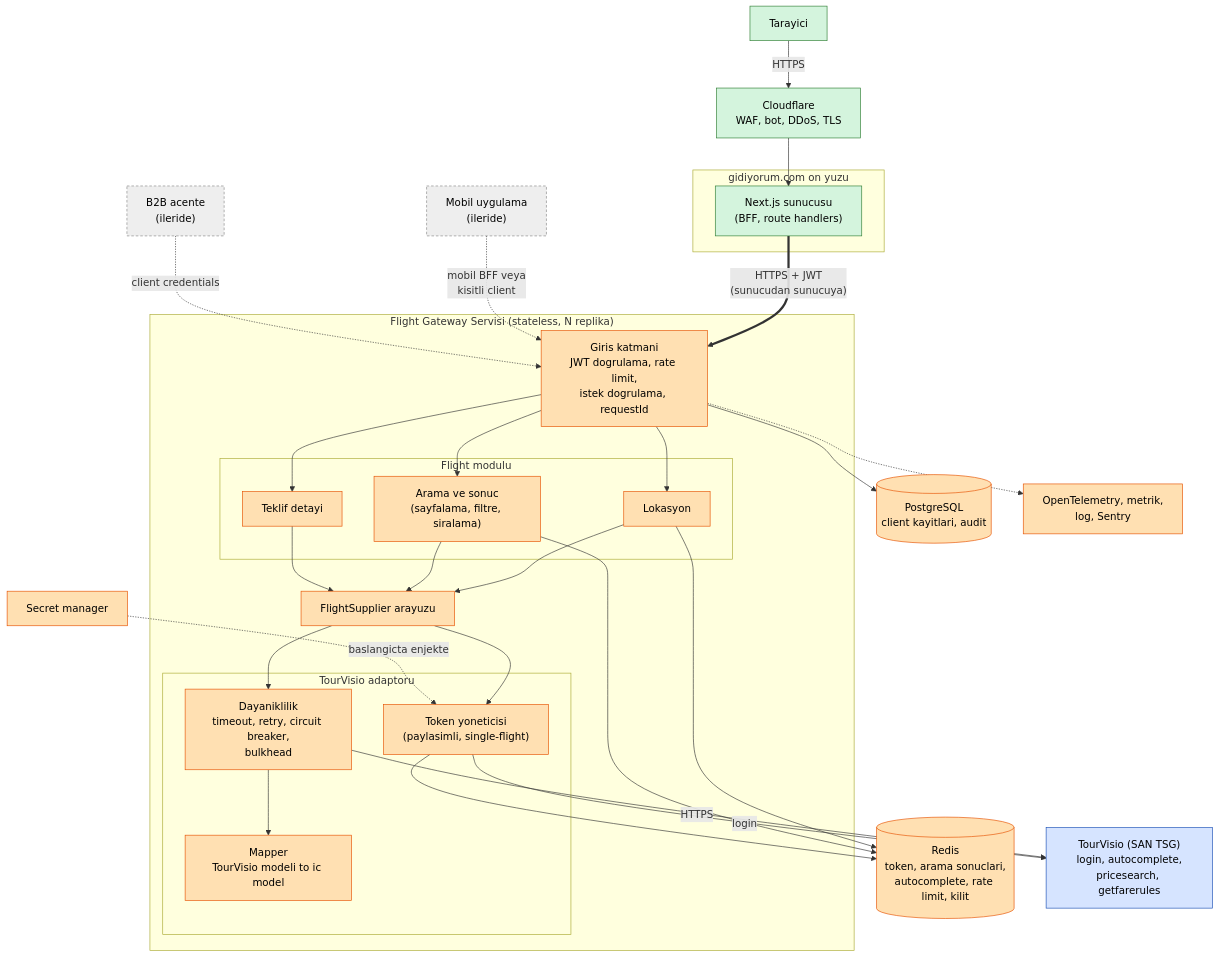
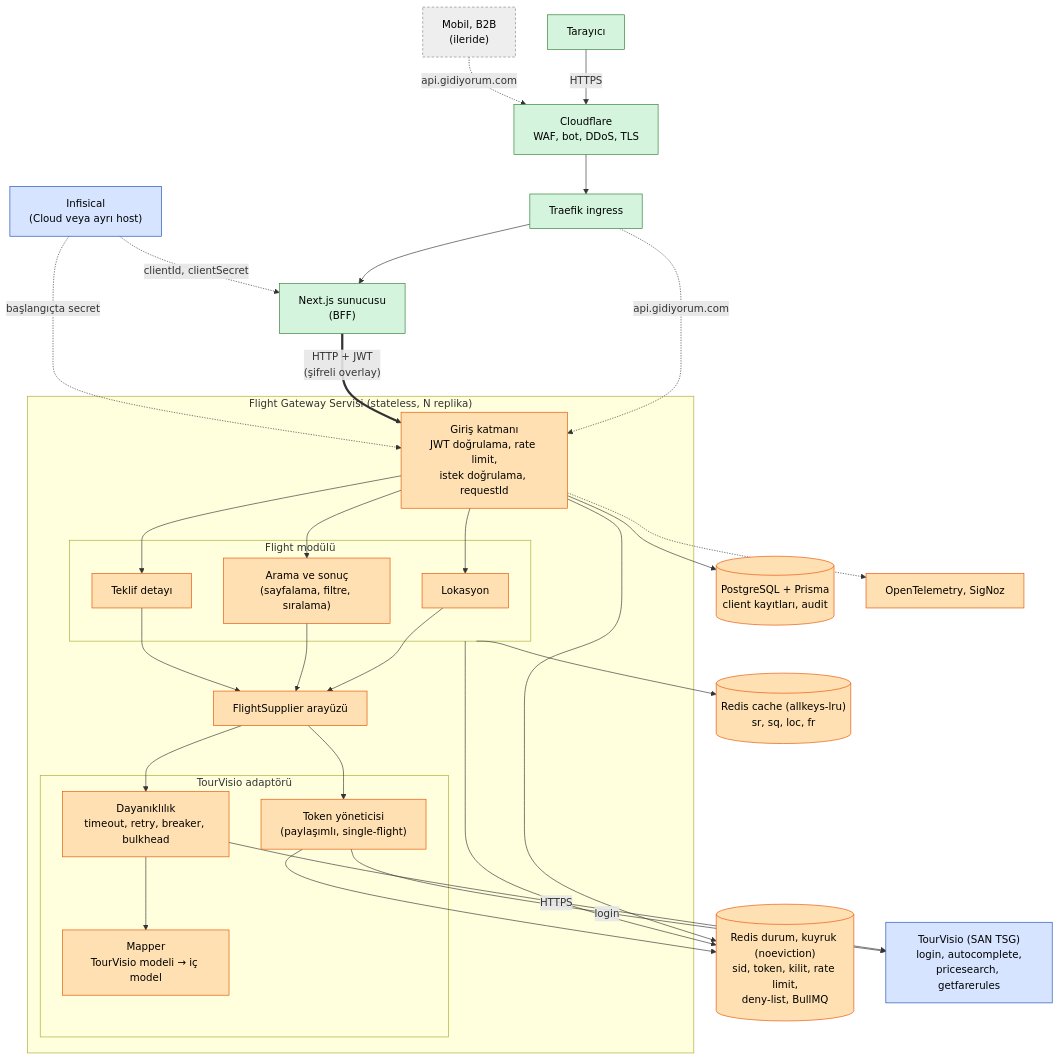
Before and after one commit to cihantaylan/tourvisio-mimari-plan: the first of 7 diagrams in README.md, drawn with Mermaid. The commit also changed other lines of this file and 41 other files, not shown here.

````diff
--- a/README.md
+++ b/README.md
@@ -36,64 +40,51 @@
 ```mermaid
 flowchart TB
-    BR["Tarayici"]
-    MOB["Mobil uygulama<br/>(ileride)"]
-    B2B["B2B acente<br/>(ileride)"]
-    CF["Cloudflare<br/>WAF, bot, DDoS, TLS"]
-
-    subgraph FE["gidiyorum.com on yuzu"]
-      NX["Next.js sunucusu<br/>(BFF, route handlers)"]
-    end
-
+    BR["Tarayıcı"]:::pub
+    MOB["Mobil, B2B<br/>(ileride)"]:::fut
+    CF["Cloudflare<br/>WAF, bot, DDoS, TLS"]:::pub
+    TRF["Traefik ingress"]:::pub
+    NX["Next.js sunucusu<br/>(BFF)"]:::pub
+    SEC["Infisical<br/>(Cloud veya ayrı host)"]:::ext
     subgraph SVC["Flight Gateway Servisi (stateless, N replika)"]
-      GWY["Giris katmani<br/>JWT dogrulama, rate limit,<br/>istek dogrulama, requestId"]
-      subgraph FM["Flight modulu"]
-        LOC["Lokasyon"]
-        SRCH["Arama ve sonuc<br/>(sayfalama, filtre, siralama)"]
-        OFR["Teklif detayi"]
+      GWY["Giriş katmanı<br/>JWT doğrulama, rate limit,<br/>istek doğrulama, requestId"]:::inner
+      subgraph FM["Flight modülü"]
+        LOC["Lokasyon"]:::inner
+        SRCH["Arama ve sonuç<br/>(sayfalama, filtre, sıralama)"]:::inner
+        OFR["Teklif detayı"]:::inner
       end
-      PORT["FlightSupplier arayuzu"]
-      subgraph TVA["TourVisio adaptoru"]
-        TKN["Token yoneticisi<br/>(paylasimli, single-flight)"]
-        RES["Dayaniklilik<br/>timeout, retry, circuit breaker,<br/>bulkhead"]
-        MAP["Mapper<br/>TourVisio modeli to ic model"]
+      PORT["FlightSupplier arayüzü"]:::inner
+      subgraph TVA["TourVisio adaptörü"]
+        TKN["Token yöneticisi<br/>(paylaşımlı, single-flight)"]:::inner
+        RES["Dayanıklılık<br/>timeout, retry, breaker, bulkhead"]:::inner
+        MAP["Mapper<br/>TourVisio modeli → iç model"]:::inner
       end
     end
-
-    RD[("Redis<br/>token, arama sonuclari,<br/>autocomplete, rate limit, kilit")]
-    PG[("PostgreSQL<br/>client kayitlari, audit")]
-    OBS["OpenTelemetry, metrik,<br/>log, Sentry"]
-    SEC["Secret manager"]
-    TV["TourVisio (SAN TSG)<br/>login, autocomplete,<br/>pricesearch, getfarerules"]
-
+    RDC[("Redis cache (allkeys-lru)<br/>sr, sq, loc, fr")]:::inner
+    RDS[("Redis durum, kuyruk (noeviction)<br/>sid, token, kilit, rate limit,<br/>deny-list, BullMQ")]:::inner
+    PG[("PostgreSQL + Prisma<br/>client kayıtları, audit")]:::inner
+    OBS["OpenTelemetry, SigNoz"]:::inner
+    TV["TourVisio (SAN TSG)<br/>login, autocomplete,<br/>pricesearch, getfarerules"]:::ext
     BR -->|"HTTPS"| CF
-    CF --> NX
-    NX ==>|"HTTPS + JWT<br/>(sunucudan sunucuya)"| GWY
-    MOB -.->|"mobil BFF veya<br/>kisitli client"| GWY
-    B2B -.->|"client credentials"| GWY
-    GWY --> LOC
-    GWY --> SRCH
-    GWY --> OFR
-    LOC --> PORT
-    SRCH --> PORT
-    OFR --> PORT
-    PORT --> TKN
-    PORT --> RES
+    MOB -.->|"api.gidiyorum.com"| CF
+    CF --> TRF --> NX
+    TRF -.->|"api.gidiyorum.com"| GWY
+    NX ==>|"HTTP + JWT<br/>(şifreli overlay)"| GWY
+    SEC -.->|"clientId, clientSecret"| NX
+    SEC -.->|"başlangıçta secret"| GWY
+    GWY --> LOC & SRCH & OFR
+    LOC & SRCH & OFR --> PORT
+    PORT --> TKN & RES
     RES --> MAP
     RES -->|"HTTPS"| TV
     TKN -->|"login"| TV
-    LOC --> RD
-    SRCH --> RD
-    TKN --> RD
+    FM --> RDC
+    FM --> RDS
+    TKN --> RDS
+    GWY --> RDS
     GWY --> PG
     GWY -.-> OBS
-    SEC -.->|"baslangicta enjekte"| TKN
-
     classDef pub fill:#d4f4dd,stroke:#2e7d32,color:#000
     classDef inner fill:#ffe0b2,stroke:#e65100,color:#000
     classDef ext fill:#d6e4ff,stroke:#1a4fb4,color:#000
-    class BR,CF,NX pub
     classDef fut fill:#eeeeee,stroke:#888,stroke-dasharray:4 3,color:#000
-    class MOB,B2B fut
-    class GWY,LOC,SRCH,OFR,PORT,TKN,RES,MAP,RD,PG,OBS,SEC inner
-    class TV ext
 ```
````
